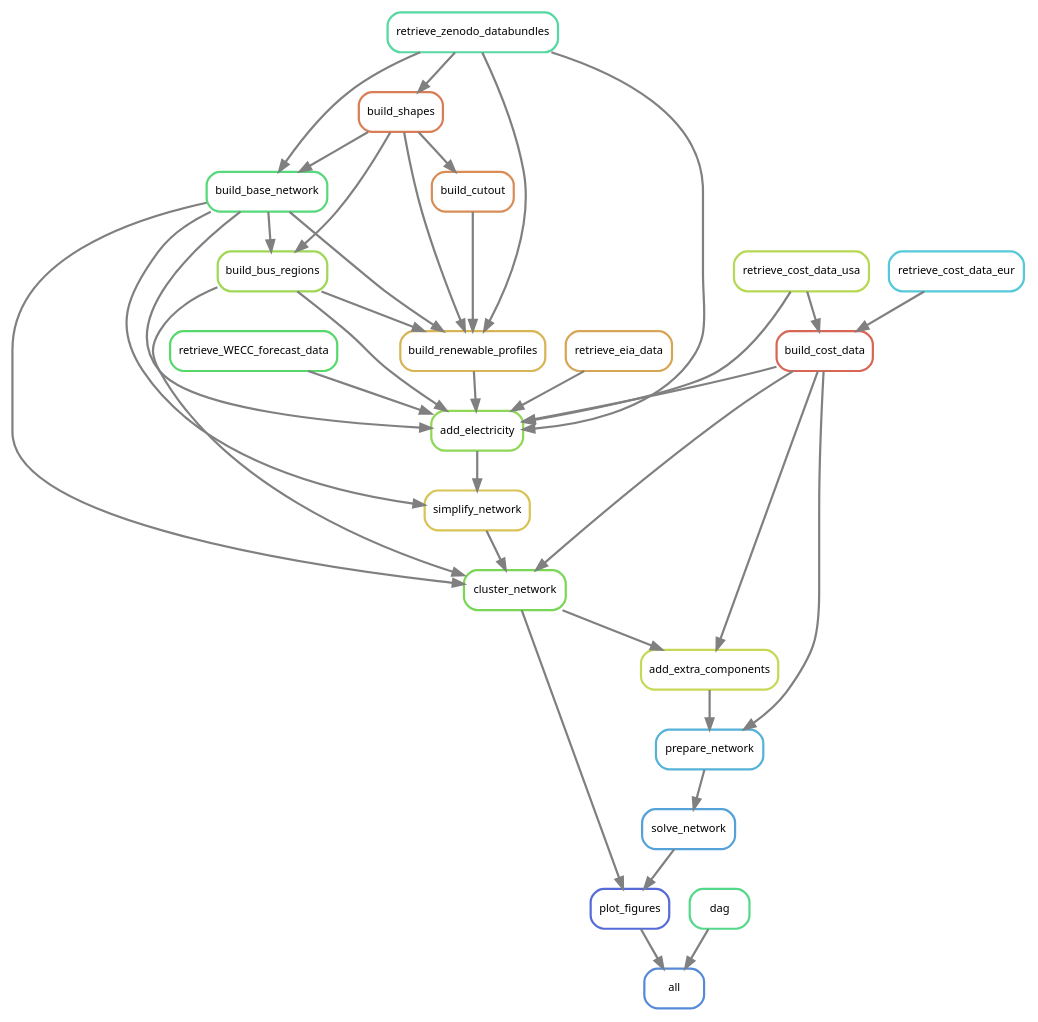
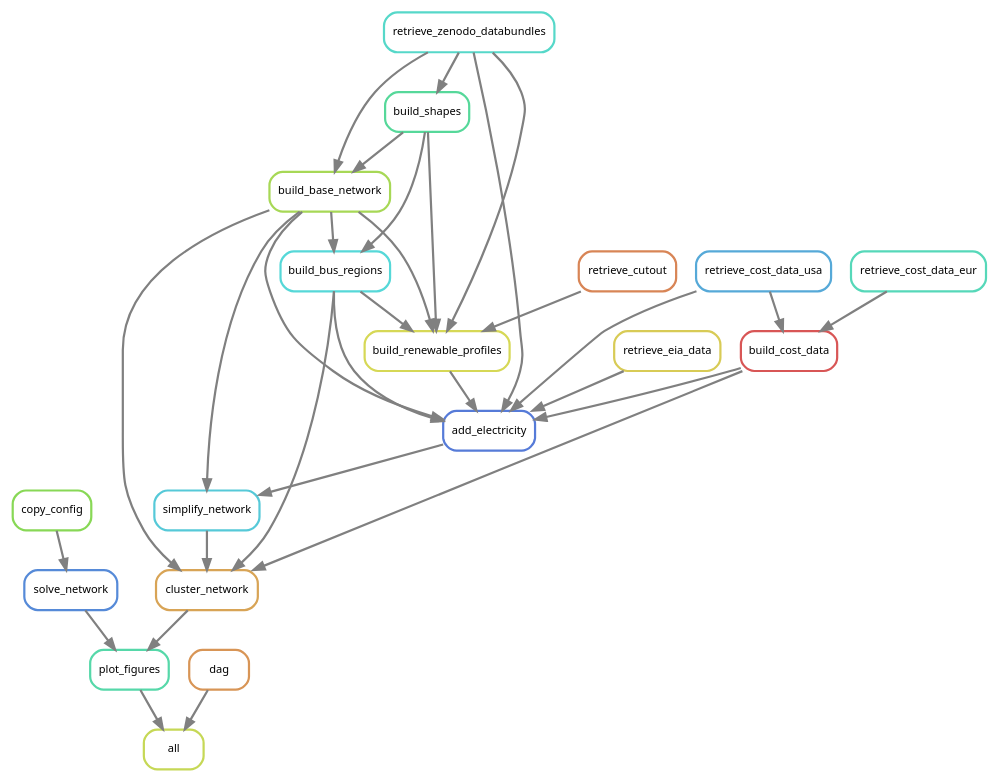
One commit to PyPSA/pypsa-usa changed the diagram in workflow/repo_data/dag.dot. Above: the diagram before and after it, drawn with Graphviz. The commit also changed 9 other files, not shown here.

```diff
--- a/workflow/repo_data/dag.dot
+++ b/workflow/repo_data/dag.dot
@@ -1,61 +1,53 @@
 digraph snakemake_dag {
     graph[bgcolor=white, margin=0];
     node[shape=box, style=rounded, fontname=sans,                 fontsize=10, penwidth=2];
     edge[penwidth=2, color=grey];
-	0[label = "all", color = "0.60 0.6 0.85", style="rounded"];
-	1[label = "plot_figures", color = "0.64 0.6 0.85", style="rounded"];
-	2[label = "solve_network", color = "0.57 0.6 0.85", style="rounded"];
-	3[label = "prepare_network", color = "0.55 0.6 0.85", style="rounded"];
-	4[label = "add_extra_components", color = "0.19 0.6 0.85", style="rounded"];
-	5[label = "cluster_network", color = "0.29 0.6 0.85", style="rounded"];
-	6[label = "simplify_network", color = "0.14 0.6 0.85", style="rounded"];
-	7[label = "build_base_network", color = "0.38 0.6 0.85", style="rounded"];
-	8[label = "retrieve_zenodo_databundles", color = "0.43 0.6 0.85", style="rounded"];
-	9[label = "build_shapes", color = "0.05 0.6 0.85", style="rounded"];
-	10[label = "add_electricity", color = "0.26 0.6 0.85", style="rounded"];
-	11[label = "build_renewable_profiles", color = "0.12 0.6 0.85", style="rounded"];
-	12[label = "build_bus_regions", color = "0.24 0.6 0.85", style="rounded"];
-	13[label = "build_cutout", color = "0.07 0.6 0.85", style="rounded"];
-	14[label = "build_cost_data", color = "0.02 0.6 0.85", style="rounded"];
-	15[label = "retrieve_cost_data_usa", color = "0.21 0.6 0.85", style="rounded"];
-	16[label = "retrieve_cost_data_eur", color = "0.52 0.6 0.85", style="rounded"];
-	17[label = "retrieve_WECC_forecast_data", color = "0.36 0.6 0.85", style="rounded"];
-	18[label = "retrieve_eia_data", color = "0.10 0.6 0.85", style="rounded"];
-	19[label = "dag", color = "0.40 0.6 0.85", style="rounded"];
-	19 -> 0
+	0[label = "all", color = "0.19 0.6 0.85", style="rounded"];
+	1[label = "plot_figures", color = "0.44 0.6 0.85", style="rounded"];
+	2[label = "solve_network", color = "0.60 0.6 0.85", style="rounded"];
+	3[label = "cluster_network", color = "0.10 0.6 0.85", style="rounded"];
+	4[label = "simplify_network", color = "0.52 0.6 0.85", style="rounded"];
+	5[label = "build_base_network", color = "0.23 0.6 0.85", style="rounded"];
+	6[label = "retrieve_zenodo_databundles", color = "0.48 0.6 0.85", style="rounded"];
+	7[label = "build_shapes", color = "0.42 0.6 0.85", style="rounded"];
+	8[label = "add_electricity", color = "0.62 0.6 0.85", style="rounded"];
+	9[label = "build_renewable_profiles", color = "0.17 0.6 0.85", style="rounded"];
+	10[label = "build_bus_regions", color = "0.50 0.6 0.85", style="rounded"];
+	11[label = "retrieve_cutout", color = "0.06 0.6 0.85", style="rounded"];
+	12[label = "build_cost_data", color = "0.00 0.6 0.85", style="rounded"];
+	13[label = "retrieve_cost_data_usa", color = "0.56 0.6 0.85", style="rounded"];
+	14[label = "retrieve_cost_data_eur", color = "0.46 0.6 0.85", style="rounded"];
+	15[label = "retrieve_eia_data", color = "0.15 0.6 0.85", style="rounded"];
+	16[label = "copy_config", color = "0.27 0.6 0.85", style="rounded"];
+	17[label = "dag", color = "0.08 0.6 0.85", style="rounded"];
+	17 -> 0
 	1 -> 0
-	5 -> 1
+	3 -> 1
 	2 -> 1
-	3 -> 2
-	14 -> 3
+	16 -> 2
+	10 -> 3
 	4 -> 3
+	12 -> 3
+	5 -> 3
+	8 -> 4
 	5 -> 4
-	14 -> 4
-	12 -> 5
+	7 -> 5
 	6 -> 5
-	14 -> 5
-	7 -> 5
-	10 -> 6
-	7 -> 6
-	9 -> 7
-	8 -> 7
-	8 -> 9
-	15 -> 10
-	14 -> 10
-	8 -> 10
-	12 -> 10
-	18 -> 10
-	11 -> 10
-	17 -> 10
+	6 -> 7
+	10 -> 8
+	12 -> 8
+	15 -> 8
+	9 -> 8
+	13 -> 8
+	5 -> 8
+	6 -> 8
+	10 -> 9
+	11 -> 9
+	5 -> 9
+	7 -> 9
+	6 -> 9
 	7 -> 10
-	8 -> 11
-	9 -> 11
-	13 -> 11
-	12 -> 11
-	7 -> 11
-	9 -> 12
-	7 -> 12
-	9 -> 13
-	15 -> 14
-	16 -> 14
+	5 -> 10
+	14 -> 12
+	13 -> 12
 }            
```
